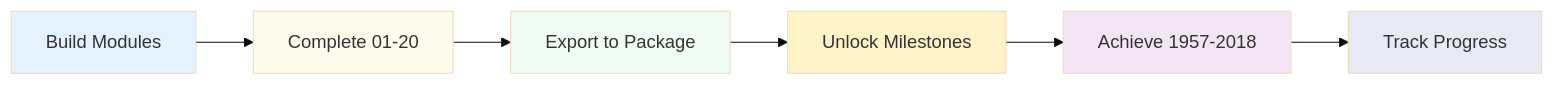
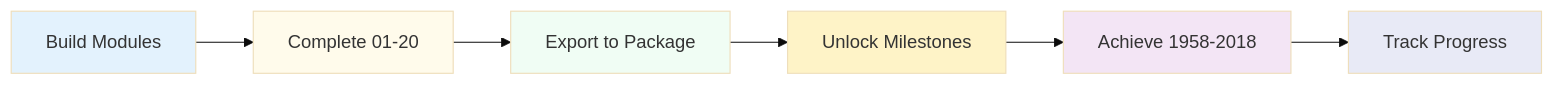
One commit to harvard-edge/cs249r_book changed the diagram in tinytorch/site/tito/data.md. Above: the diagram before and after it, drawn with Mermaid (base theme). The commit also changed other lines of this file and 16 other files, not shown here.

````diff
--- a/tinytorch/site/tito/data.md
+++ b/tinytorch/site/tito/data.md
@@ -14,17 +14,17 @@
 ```{mermaid}
 :align: center
 :caption: "**Progress Tracking Flow.** Build modules, export to package, unlock historical milestones, and track achievements through two parallel systems."
 graph LR
  A[Build Modules] --> B[Complete 01-20]
  B --> C[Export to Package]
  C --> D[Unlock Milestones]
- D --> E[Achieve 1957-2018]
+ D --> E[Achieve 1958-2018]
  E --> F[Track Progress]
 
  style A fill:#e3f2fd
  style B fill:#fffbeb
  style C fill:#f0fdf4
  style D fill:#fef3c7
  style E fill:#f3e5f5
  style F fill:#e8eaf6
 ```
````
